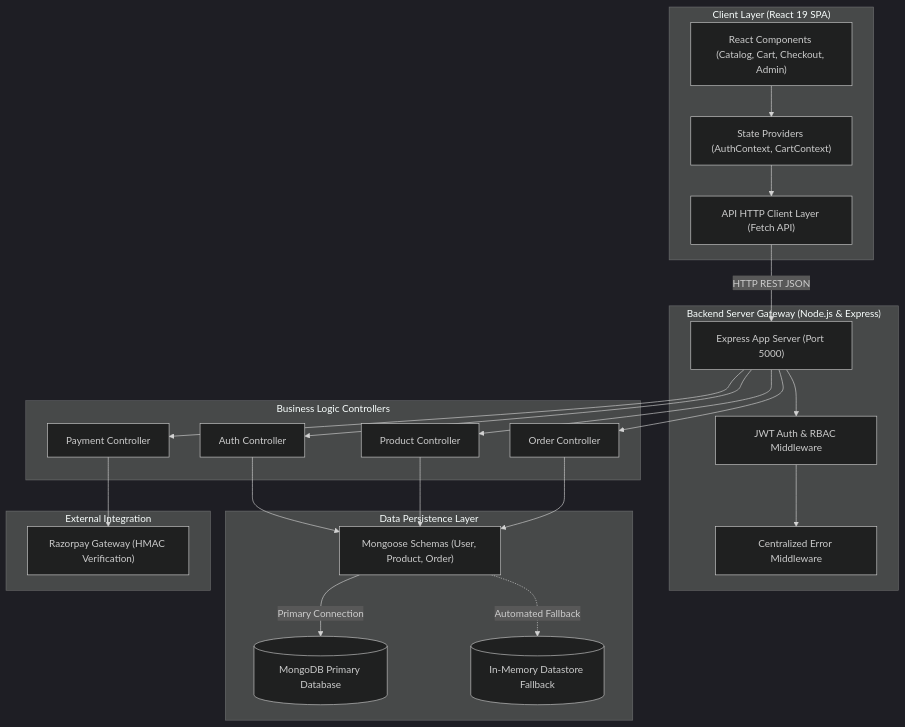
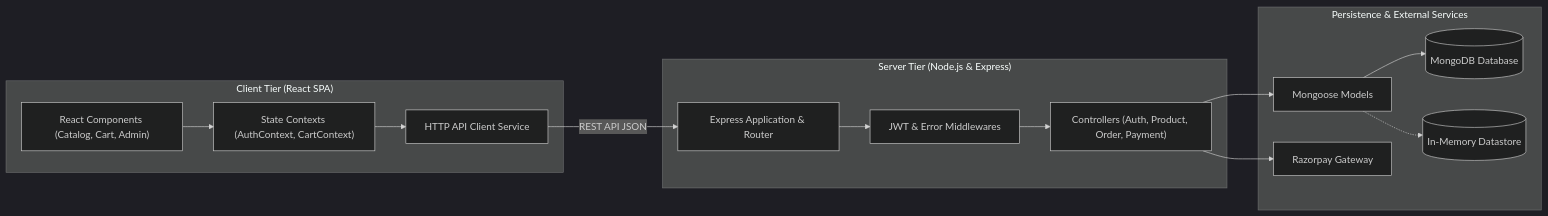
One commit to redjive123/mamta-pickles-fullstack changed the diagram in README.md. Above: the diagram before and after it, drawn with Mermaid (dark theme). The commit also changed other lines of this file, not shown here.

Commit message:
docs: optimize Mermaid diagram layout using compact horizontal flowchart

````diff
--- a/README.md
+++ b/README.md
@@ -22,49 +22,29 @@
 ```mermaid
-graph TD
-    subgraph Client ["Client Layer (React 19 SPA)"]
-        UI["React Components (Catalog, Cart, Checkout, Admin)"]
-        Ctx["State Providers (AuthContext, CartContext)"]
-        API_Client["API HTTP Client Layer (Fetch API)"]
+flowchart LR
+    subgraph Client ["Client Tier (React SPA)"]
+        UI["React Components (Catalog, Cart, Admin)"]
+        Ctx["State Contexts (AuthContext, CartContext)"]
+        API["HTTP API Client Service"]
     end
 
-    subgraph Gateway ["Backend Server Gateway (Node.js & Express)"]
-        Express["Express App Server (Port 5000)"]
-        Auth_MW["JWT Auth & RBAC Middleware"]
-        Err_MW["Centralized Error Middleware"]
+    subgraph Server ["Server Tier (Node.js & Express)"]
+        Express["Express Application & Router"]
+        MW["JWT & Error Middlewares"]
+        Ctrl["Controllers (Auth, Product, Order, Payment)"]
     end
 
-    subgraph Controllers ["Business Logic Controllers"]
-        Auth_Ctrl["Auth Controller"]
-        Prod_Ctrl["Product Controller"]
-        Order_Ctrl["Order Controller"]
-        Pay_Ctrl["Payment Controller"]
+    subgraph Persistence ["Persistence & External Services"]
+        Mongoose["Mongoose Models"]
+        DB[("MongoDB Database")]
+        Mem[("In-Memory Datastore")]
+        Razorpay["Razorpay Gateway"]
     end
 
-    subgraph Persistence ["Data Persistence Layer"]
-        Mongoose["Mongoose Schemas (User, Product, Order)"]
-        MongoDB[("MongoDB Primary Database")]
-        Mem_Store[("In-Memory Datastore Fallback")]
-    end
-
-    subgraph External ["External Integration"]
-        Razorpay["Razorpay Gateway (HMAC Verification)"]
-    end
-
-    UI --> Ctx
-    Ctx --> API_Client
-    API_Client -->|HTTP REST JSON| Express
-    Express --> Auth_MW
-    Auth_MW --> Err_MW
-    Express --> Auth_Ctrl
-    Express --> Prod_Ctrl
-    Express --> Order_Ctrl
-    Express --> Pay_Ctrl
-
-    Auth_Ctrl --> Mongoose
-    Prod_Ctrl --> Mongoose
-    Order_Ctrl --> Mongoose
-    Pay_Ctrl --> Razorpay
-
-    Mongoose -->|Primary Connection| MongoDB
-    Mongoose -.->|Automated Fallback| Mem_Store
+    UI --> Ctx --> API
+    API -->|REST API JSON| Express
+    Express --> MW --> Ctrl
+    Ctrl --> Mongoose
+    Ctrl --> Razorpay
+    Mongoose --> DB
+    Mongoose -.-> Mem
 ```
````
